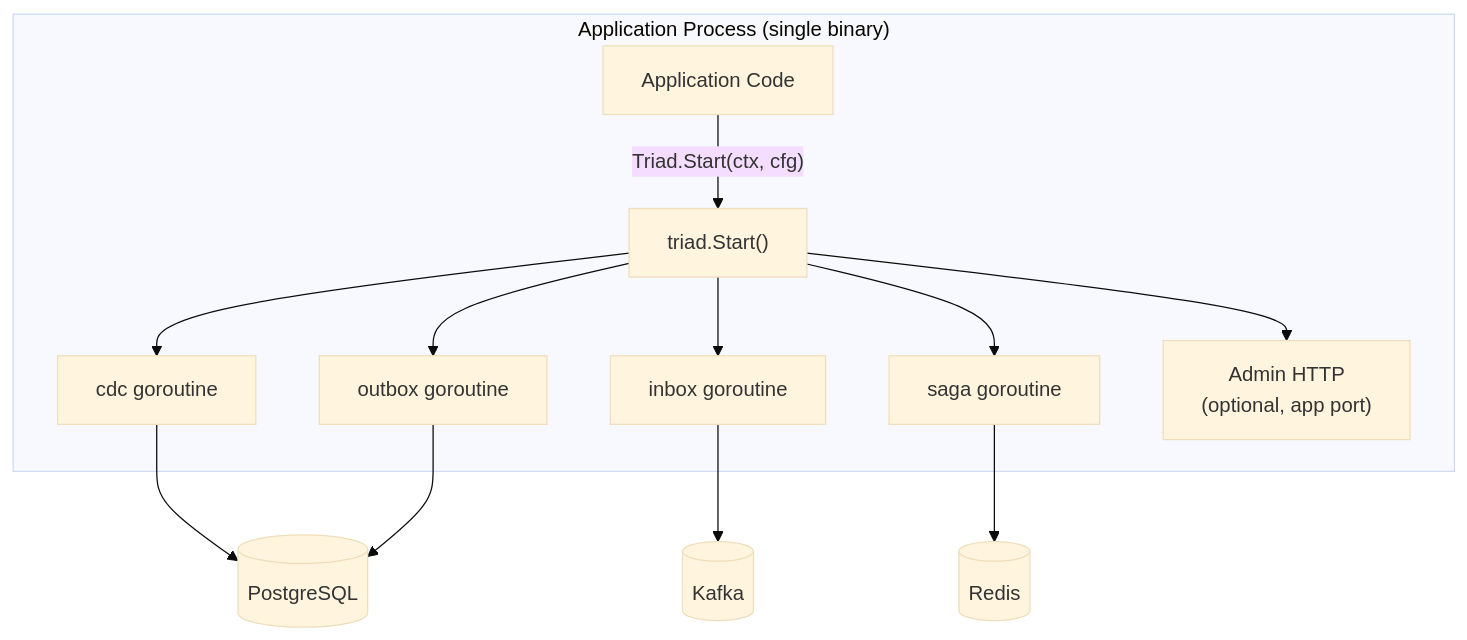
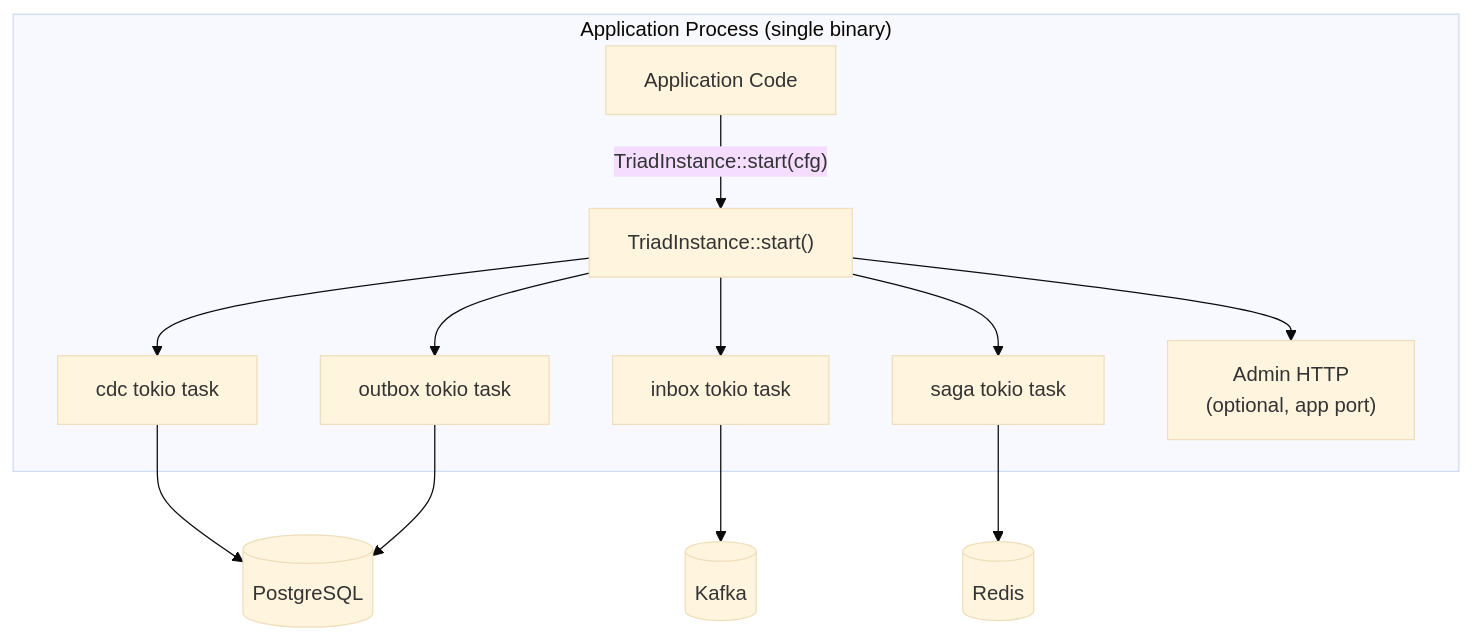
Diagram 21 of 33 in triad-system-design.md (jreuben11/triad), drawn with Mermaid (base theme) before and after one commit. The commit also changed other lines of this file and 7 other files, not shown here.

````diff
--- a/triad-system-design.md
+++ b/triad-system-design.md
@@ -1013,22 +1010,22 @@
 ```mermaid
 flowchart TD
     subgraph Process["Application Process (single binary)"]
         App["Application Code"]
-        SDK["triad.Start()"]
-        CDC["cdc goroutine"]
-        Outbox["outbox goroutine"]
-        Inbox["inbox goroutine"]
-        Saga["saga goroutine"]
+        SDK["TriadInstance::start()"]
+        CDC["cdc tokio task"]
+        Outbox["outbox tokio task"]
+        Inbox["inbox tokio task"]
+        Saga["saga tokio task"]
         Admin["Admin HTTP\n(optional, app port)"]
-        App -->|"Triad.Start(ctx, cfg)"| SDK
+        App -->|"TriadInstance::start(cfg)"| SDK
         SDK --> CDC
         SDK --> Outbox
         SDK --> Inbox
         SDK --> Saga
         SDK --> Admin
     end
     CDC --> PG[(PostgreSQL)]
     Outbox --> PG
     Inbox --> Kafka[(Kafka)]
     Saga --> Redis[(Redis)]
 ```
````
